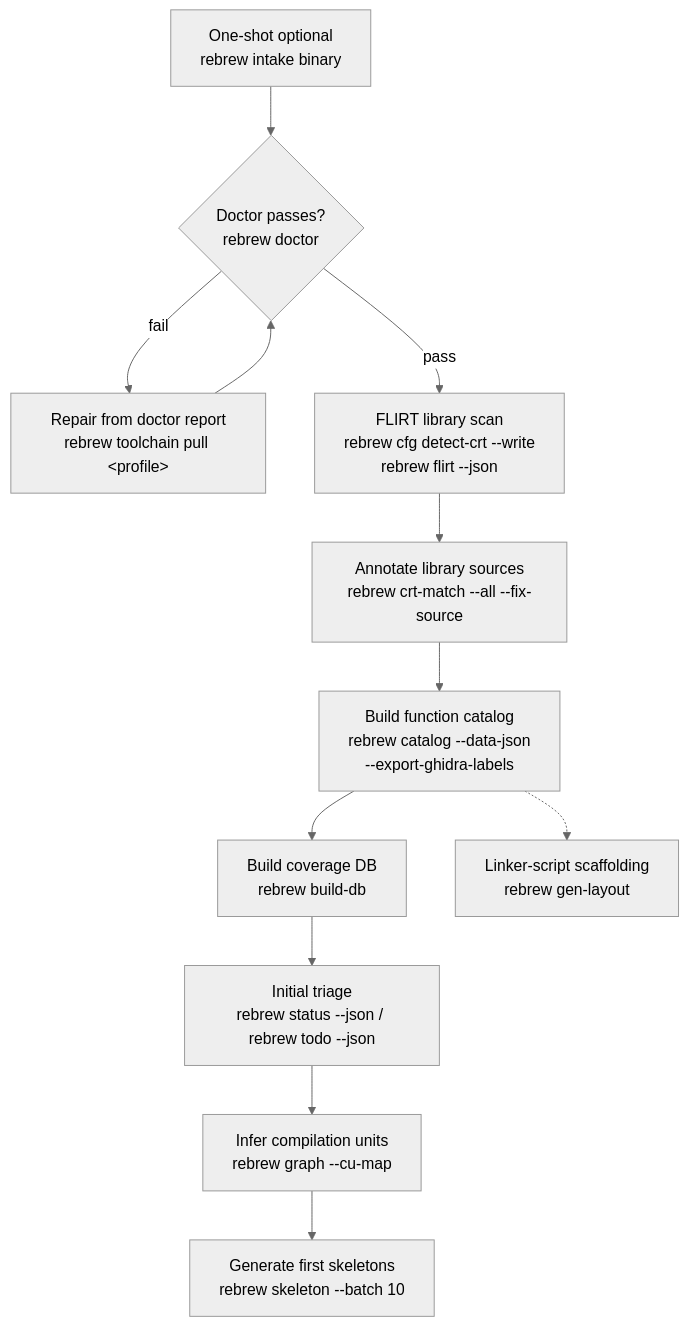
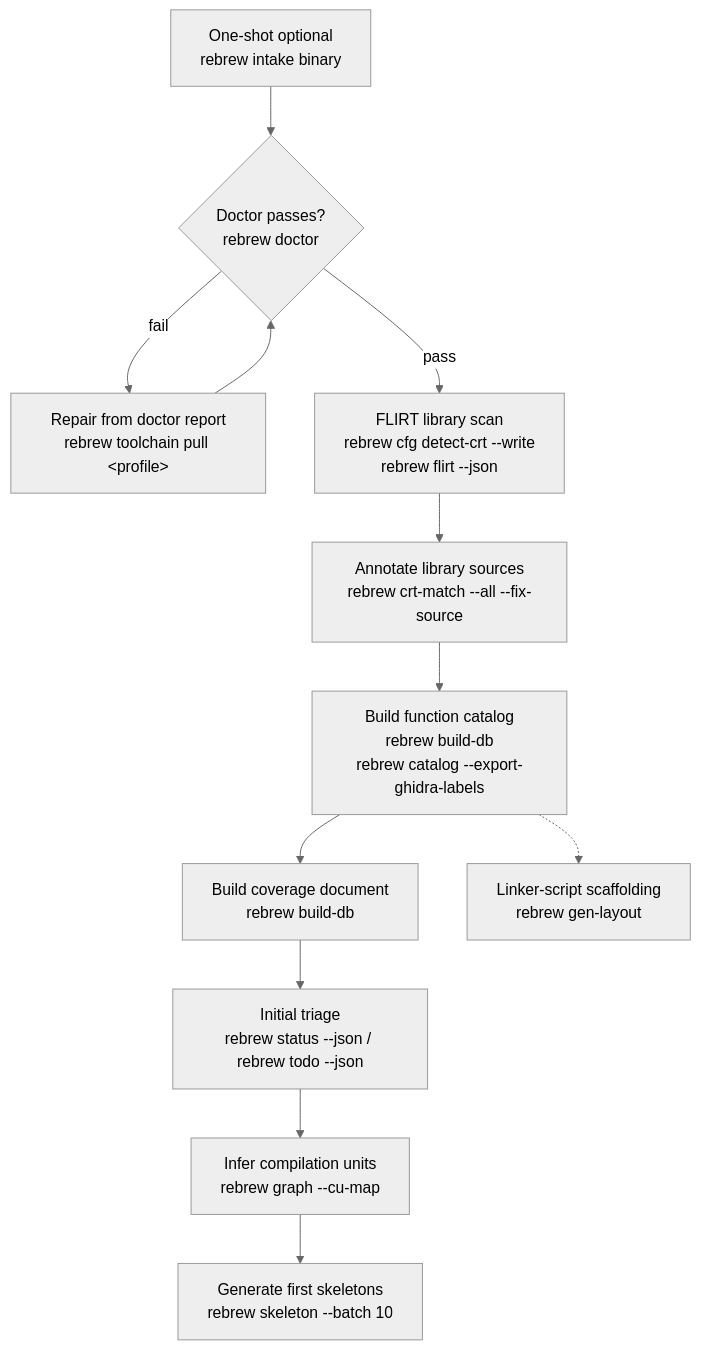
Before and after one commit to maci0/rebrew: the diagram in .agents/skills/rebrew-intake/SKILL.md, drawn with Mermaid (neutral theme). The commit also changed other lines of this file and 132 other files, not shown here.

````diff
--- a/.agents/skills/rebrew-intake/SKILL.md
+++ b/.agents/skills/rebrew-intake/SKILL.md
@@ -17,14 +17,14 @@
 ```mermaid
 graph TD
     OneShot[One-shot optional<br/>rebrew intake binary] --> Doctor
     Doctor{Doctor passes?<br/>rebrew doctor} -->|fail| Fix[Repair from doctor report<br/>rebrew toolchain pull &lt;profile&gt;]
     Fix --> Doctor
     Doctor -->|pass| Flirt[FLIRT library scan<br/>rebrew cfg detect-crt --write<br/>rebrew flirt --json]
     Flirt --> CrtMatch[Annotate library sources<br/>rebrew crt-match --all --fix-source]
-    CrtMatch --> Catalog[Build function catalog<br/>rebrew catalog --data-json<br/>--export-ghidra-labels]
-    Catalog --> BuildDb[Build coverage DB<br/>rebrew build-db]
+    CrtMatch --> Catalog[Build function catalog<br/>rebrew build-db<br/>rebrew catalog --export-ghidra-labels]
+    Catalog --> BuildDb[Build coverage document<br/>rebrew build-db]
     BuildDb --> Triage[Initial triage<br/>rebrew status --json / rebrew todo --json]
     Triage --> CuMap[Infer compilation units<br/>rebrew graph --cu-map]
     CuMap --> Skeleton[Generate first skeletons<br/>rebrew skeleton --batch 10]
     Catalog -.-> Layout[Linker-script scaffolding<br/>rebrew gen-layout]
 ```
````
